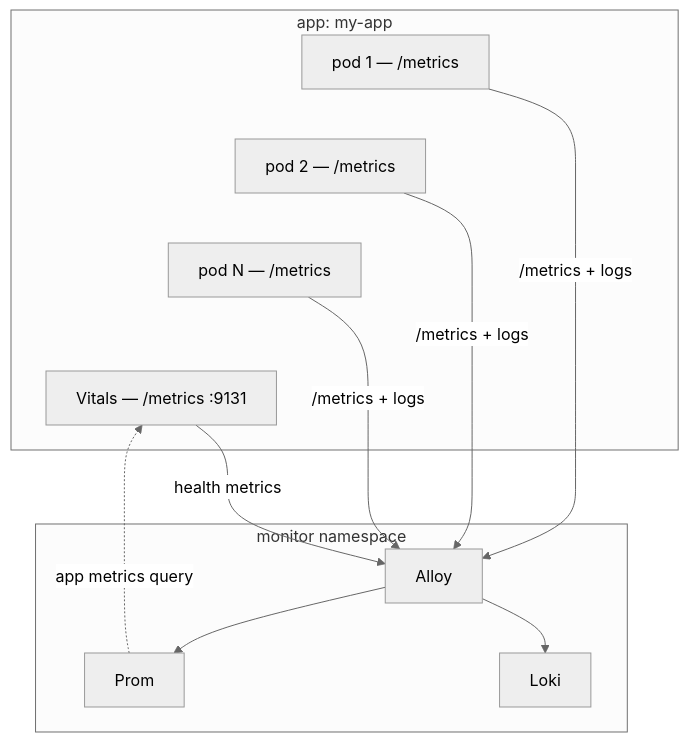
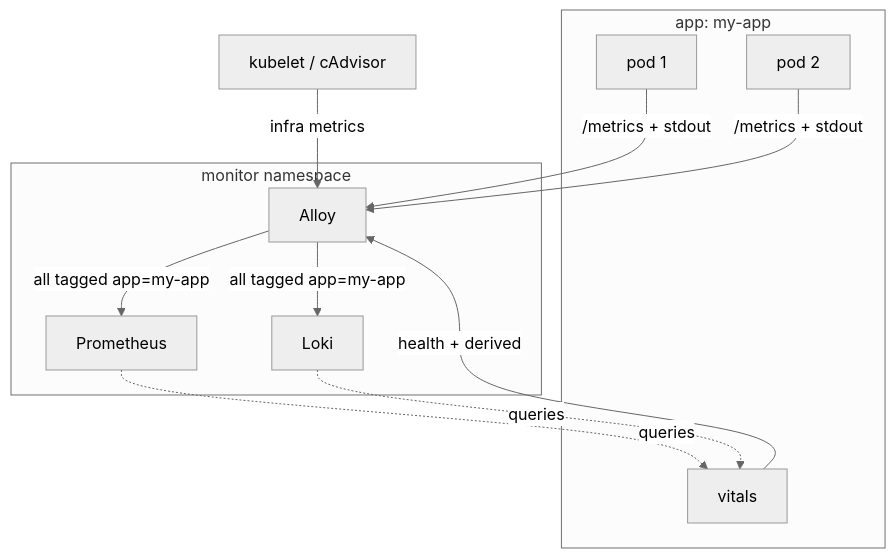
The diagram in docs/infra/monitoring.md (Kord96/kordinate), drawn with Mermaid (neutral theme) before and after one commit. The commit also changed other lines of this file, not shown here.

First line of the commit message:
Rewrite monitoring doc: two-layer model (Alloy + Vitals)

````diff
--- a/docs/infra/monitoring.md
+++ b/docs/infra/monitoring.md
@@ -43,18 +14,20 @@
 ```mermaid
 flowchart TB
     subgraph app["app: my-app"]
-        P1[pod 1 — /metrics]
-        P2[pod 2 — /metrics]
-        PN[pod N — /metrics]
-        VIT[Vitals — /metrics :9131]
-        P1 ~~~ P2 ~~~ PN ~~~ VIT
+        P1[pod 1]
+        P2[pod 2]
+        VIT[vitals]
     end
 
-    P1 & P2 & PN -->|/metrics + logs| AL
-    VIT -->|health metrics| AL
-    PR -.->|app metrics query| VIT
+    KC[kubelet / cAdvisor] -->|infra metrics| AL
+    P1 & P2 -->|/metrics + stdout| AL
+    AL -->|"all tagged app=my-app"| PR[Prometheus] & LK[Loki]
+    PR & LK -.->|queries| VIT
+    VIT -->|health + derived| AL
 
     subgraph mon[monitor namespace]
-        AL[Alloy] --> PR[Prom] & LK[Loki]
+        AL[Alloy]
+        PR
+        LK
     end
 ```
````
